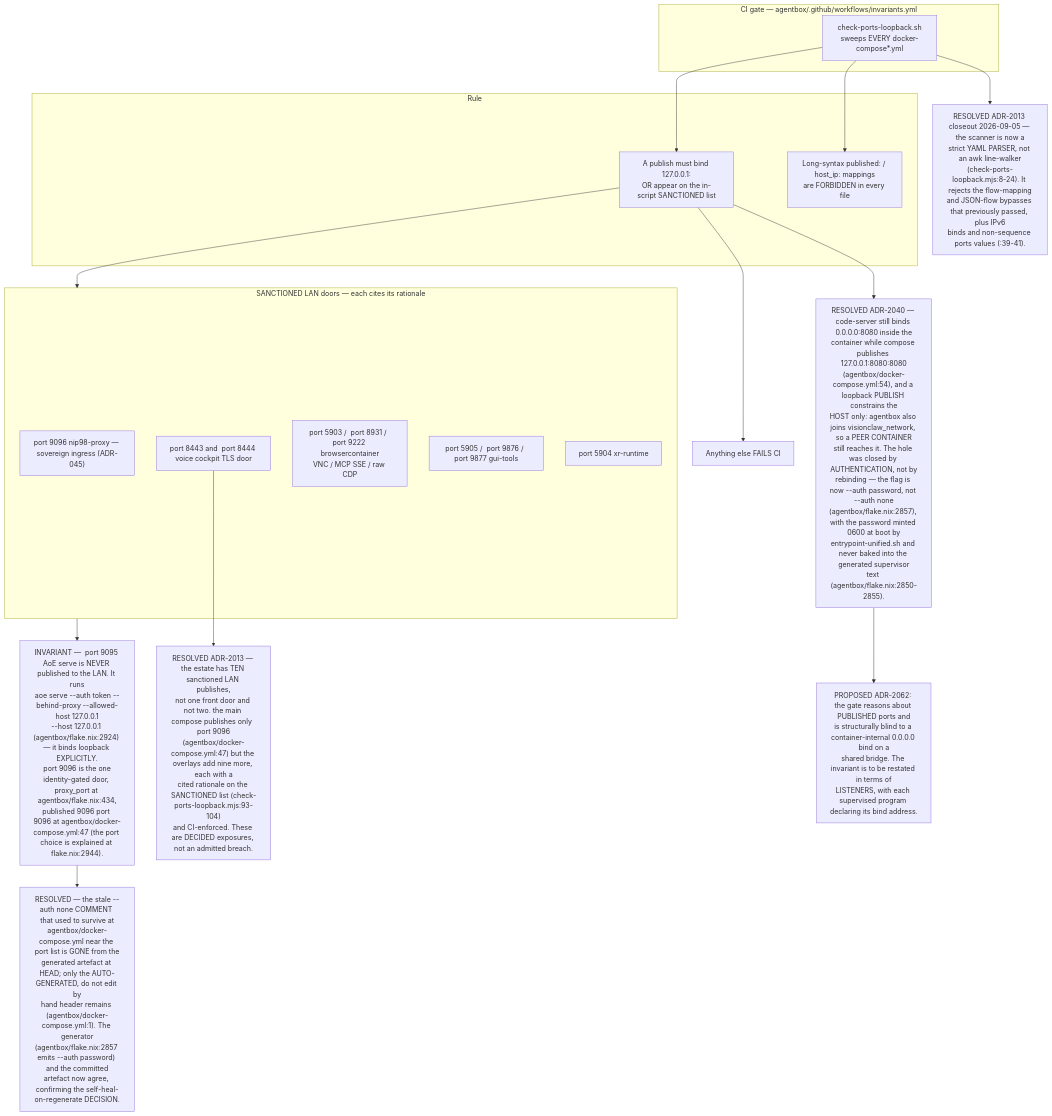
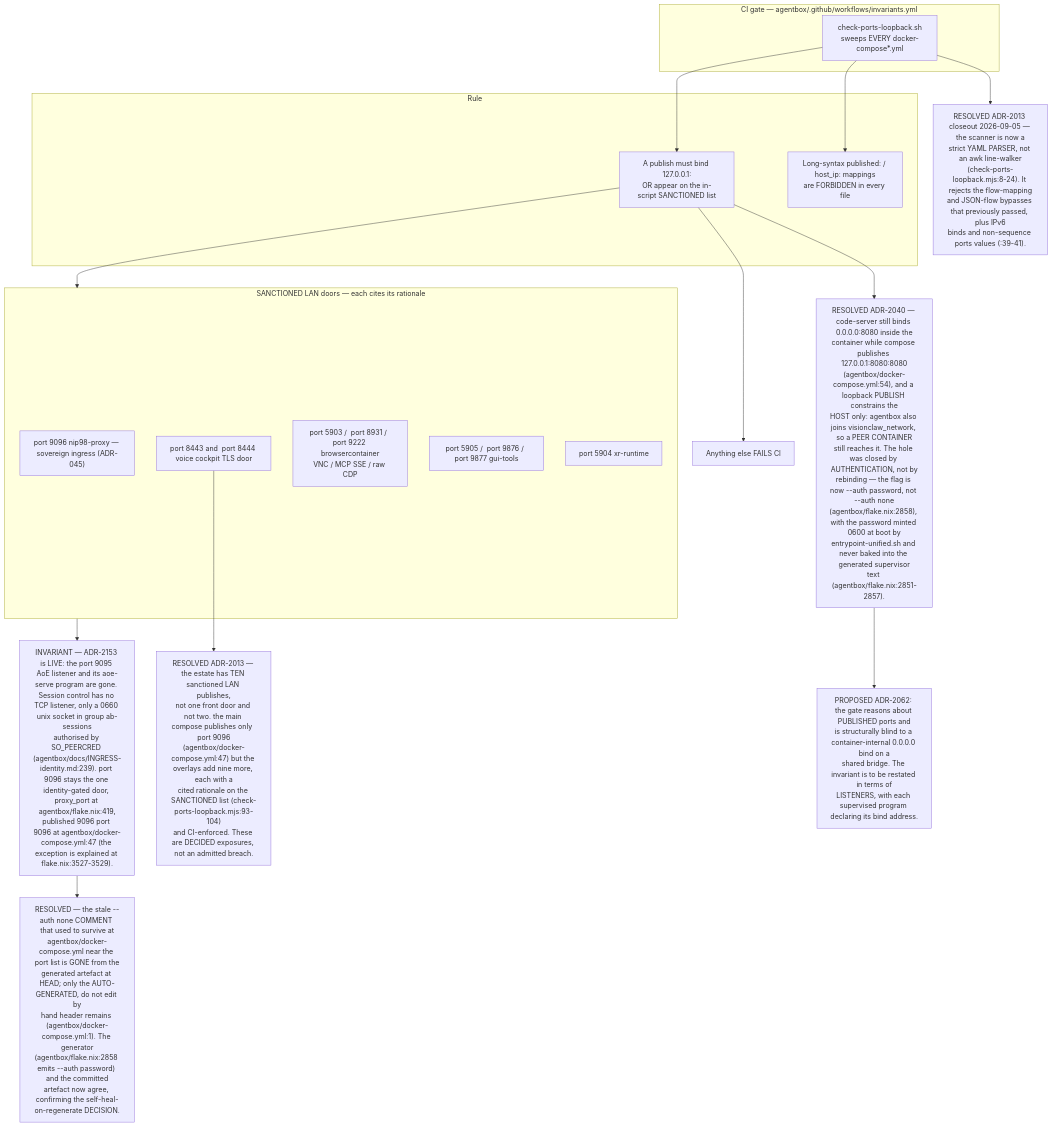
Before and after one commit to DreamLab-AI/VisionFlow: the eighth of 11 diagrams in docs/diagrams/estate/10-deployment-and-security-profiles.md, drawn with Mermaid. The commit also changed other lines of this file and 145 other files, not shown here.

````diff
--- a/docs/diagrams/estate/10-deployment-and-security-profiles.md
+++ b/docs/diagrams/estate/10-deployment-and-security-profiles.md
@@ -322,35 +323,35 @@
 ```mermaid
 flowchart TB
     subgraph ci["CI gate — agentbox/.github/workflows/invariants.yml"]
         SC["check-ports-loopback.sh<br/>sweeps EVERY docker-compose*.yml"]
     end
     subgraph rule["Rule"]
         R1["A publish must bind 127.0.0.1:<br/>OR appear on the in-script SANCTIONED list"]
         R2["Long-syntax published: / host_ip: mappings<br/>are FORBIDDEN in every file"]
     end
     subgraph sanctioned["SANCTIONED LAN doors — each cites its rationale"]
         P1[" port 9096 nip98-proxy — sovereign ingress (ADR-045)"]
         P2[" port 8443 and  port 8444 voice cockpit TLS door"]
         P3[" port 5903 /  port 8931 /  port 9222 browsercontainer<br/>VNC / MCP SSE / raw CDP"]
         P4[" port 5905 /  port 9876 /  port 9877 gui-tools"]
         P5[" port 5904 xr-runtime"]
     end
     FAIL["Anything else FAILS CI"]
-    INV["INVARIANT —  port 9095 AoE serve is NEVER published to the LAN. It runs<br/>aoe serve --auth token --behind-proxy --allowed-host 127.0.0.1<br/>--host 127.0.0.1 (agentbox/flake.nix:2924) — it binds loopback EXPLICITLY.<br/> port 9096 is the one identity-gated door, proxy_port at agentbox/flake.nix:434,<br/>published 9096 port 9096 at agentbox/docker-compose.yml:47 (the port choice is explained at flake.nix:2944)."]
+    INV["INVARIANT — ADR-2153 is LIVE: the port 9095 AoE listener and its aoe-serve program are gone. Session control has no TCP listener, only a 0660 unix socket in group ab-sessions<br/>authorised by SO_PEERCRED (agentbox/docs/INGRESS-identity.md:239). port 9096 stays the one identity-gated door, proxy_port at agentbox/flake.nix:419,<br/>published 9096 port 9096 at agentbox/docker-compose.yml:47 (the exception is explained at flake.nix:3527-3529)."]
     D1["RESOLVED ADR-2013 — the estate has TEN sanctioned LAN publishes,<br/>not one front door and not two. the main compose publishes only  port 9096<br/>(agentbox/docker-compose.yml:47) but the overlays add nine more, each with a<br/>cited rationale on the SANCTIONED list (check-ports-loopback.mjs:93-104)<br/>and CI-enforced. These are DECIDED exposures, not an admitted breach."]
     D2["RESOLVED ADR-2013 closeout 2026-09-05 — the scanner is now a<br/>strict YAML PARSER, not an awk line-walker<br/>(check-ports-loopback.mjs:8-24). It rejects the flow-mapping<br/>and JSON-flow bypasses that previously passed, plus IPv6<br/>binds and non-sequence ports values (:39-41)."]
-    D3["RESOLVED ADR-2040 — code-server still binds 0.0.0.0:8080 inside the<br/>container while compose publishes 127.0.0.1:8080:8080<br/>(agentbox/docker-compose.yml:54), and a loopback PUBLISH constrains the<br/>HOST only: agentbox also joins visionclaw_network, so a PEER CONTAINER<br/>still reaches it. The hole was closed by AUTHENTICATION, not by<br/>rebinding — the flag is now --auth password, not --auth none<br/>(agentbox/flake.nix:2857), with the password minted 0600 at boot by<br/>entrypoint-unified.sh and never baked into the generated supervisor<br/>text (agentbox/flake.nix:2850-2855)."]
+    D3["RESOLVED ADR-2040 — code-server still binds 0.0.0.0:8080 inside the<br/>container while compose publishes 127.0.0.1:8080:8080<br/>(agentbox/docker-compose.yml:54), and a loopback PUBLISH constrains the<br/>HOST only: agentbox also joins visionclaw_network, so a PEER CONTAINER<br/>still reaches it. The hole was closed by AUTHENTICATION, not by<br/>rebinding — the flag is now --auth password, not --auth none<br/>(agentbox/flake.nix:2858), with the password minted 0600 at boot by<br/>entrypoint-unified.sh and never baked into the generated supervisor<br/>text (agentbox/flake.nix:2851-2857)."]
     D5["PROPOSED ADR-2062: the gate reasons about PUBLISHED ports and<br/>is structurally blind to a container-internal 0.0.0.0 bind on a<br/>shared bridge. The invariant is to be restated in terms of<br/>LISTENERS, with each supervised program declaring its bind address."]
-    D4["RESOLVED — the stale --auth none COMMENT that used to survive at<br/>agentbox/docker-compose.yml near the port list is GONE from the<br/>generated artefact at HEAD; only the AUTO-GENERATED, do not edit by<br/>hand header remains (agentbox/docker-compose.yml:1). The generator<br/>(agentbox/flake.nix:2857 emits --auth password) and the committed<br/>artefact now agree, confirming the self-heal-on-regenerate DECISION."]
+    D4["RESOLVED — the stale --auth none COMMENT that used to survive at<br/>agentbox/docker-compose.yml near the port list is GONE from the<br/>generated artefact at HEAD; only the AUTO-GENERATED, do not edit by<br/>hand header remains (agentbox/docker-compose.yml:1). The generator<br/>(agentbox/flake.nix:2858 emits --auth password) and the committed<br/>artefact now agree, confirming the self-heal-on-regenerate DECISION."]
 
     SC --> R1
     SC --> R2
     R1 --> sanctioned
     R1 --> FAIL
     sanctioned --> INV
     P2 --> D1
     SC --> D2
     R1 --> D3
     INV --> D4
     D3 --> D5
 ```
````
